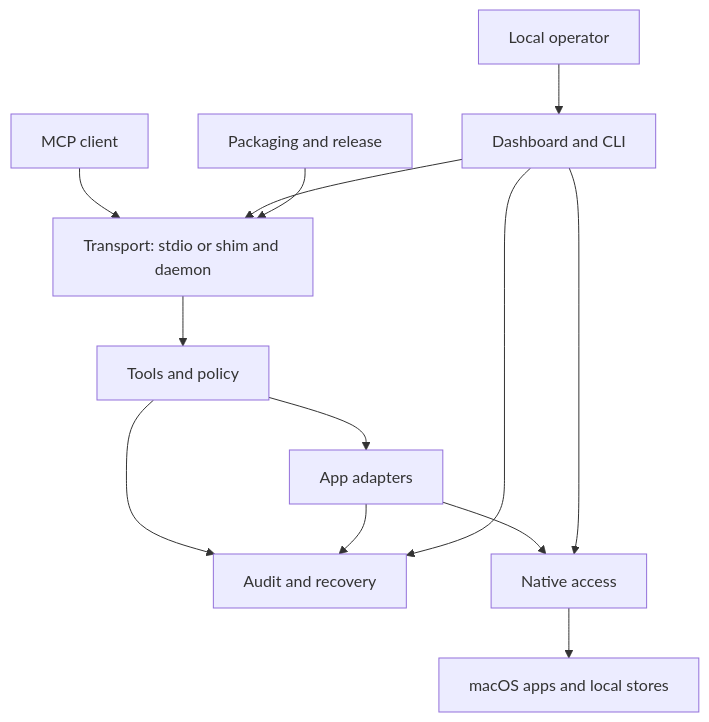
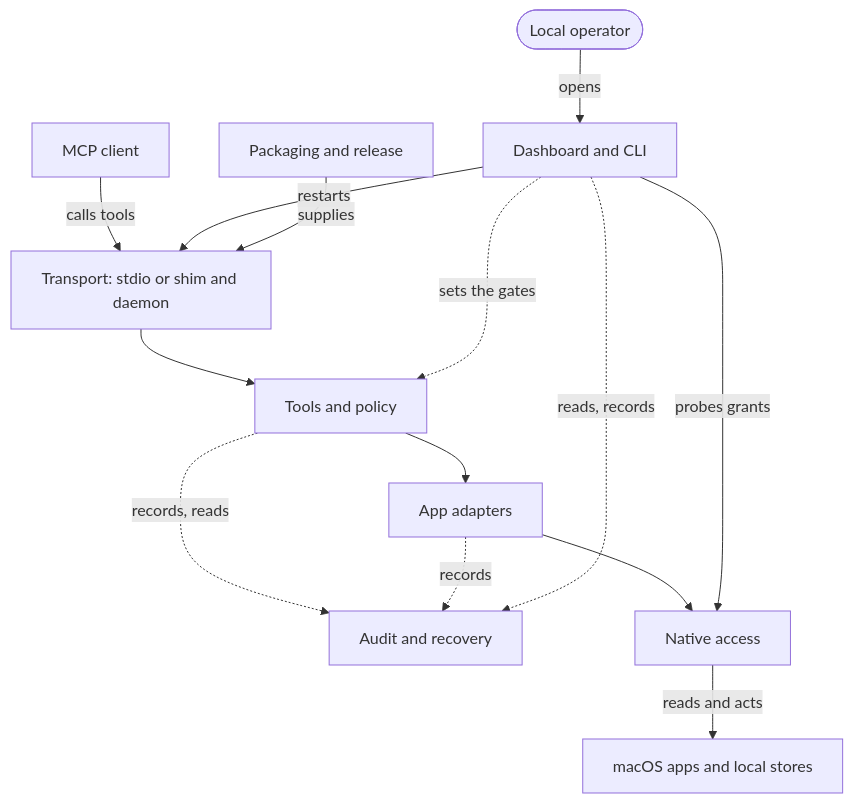
Before and after one commit to elfensky/macos-apps-mcp: the diagram in .planning/architecture/macos-apps-mcp-architecture.md, drawn with Mermaid. The commit also changed other lines of this file and 8 other files, not shown here.

First line of the commit message:
docs(architecture): fit the notes to layout 1.1.0 and the code at 67a668c

````diff
--- a/.planning/architecture/macos-apps-mcp-architecture.md
+++ b/.planning/architecture/macos-apps-mcp-architecture.md
@@ -29,15 +28,16 @@
 ```mermaid
 flowchart TD
-    client["MCP client"] --> transport["Transport: stdio or shim and daemon"]
+    client["MCP client"] -- calls tools --> transport["Transport: stdio or shim and daemon"]
     transport --> tools-and-policy["Tools and policy"]
     tools-and-policy --> adapters["App adapters"]
-    tools-and-policy --> audit-and-recovery["Audit and recovery"]
-    adapters --> audit-and-recovery
+    tools-and-policy -. records, reads .-> audit-and-recovery["Audit and recovery"]
+    adapters -. records .-> audit-and-recovery
     adapters --> native-access["Native access"]
-    native-access --> apps["macOS apps and local stores"]
-    operator["Local operator"] --> operator-controls["Dashboard and CLI"]
-    operator-controls --> audit-and-recovery
-    operator-controls --> native-access
-    operator-controls --> transport
-    packaging-and-release["Packaging and release"] --> transport
+    native-access -- reads and acts --> apps["macOS apps and local stores"]
+    operator(["Local operator"]) -- opens --> operator-controls["Dashboard and CLI"]
+    operator-controls -. reads, records .-> audit-and-recovery
+    operator-controls -. sets the gates .-> tools-and-policy
+    operator-controls -- probes grants --> native-access
+    operator-controls -- restarts --> transport
+    packaging-and-release["Packaging and release"] -- supplies --> transport
 ```
````
